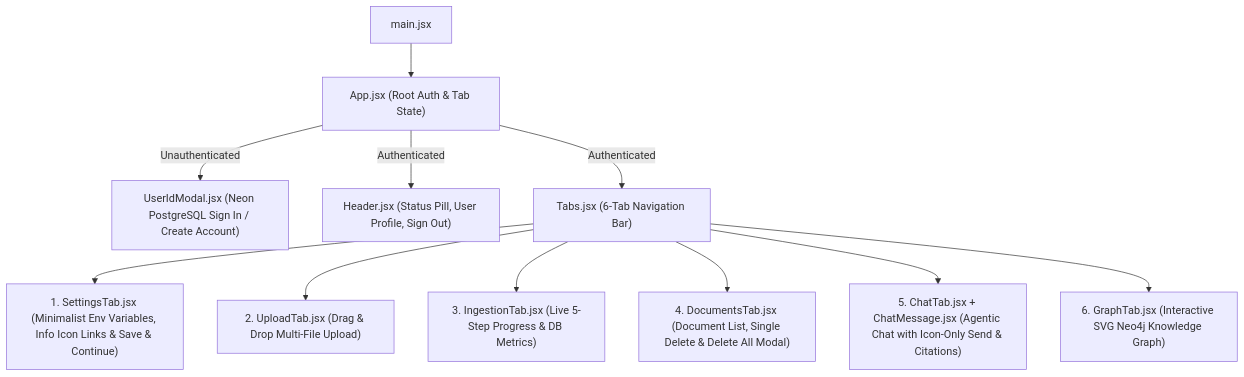
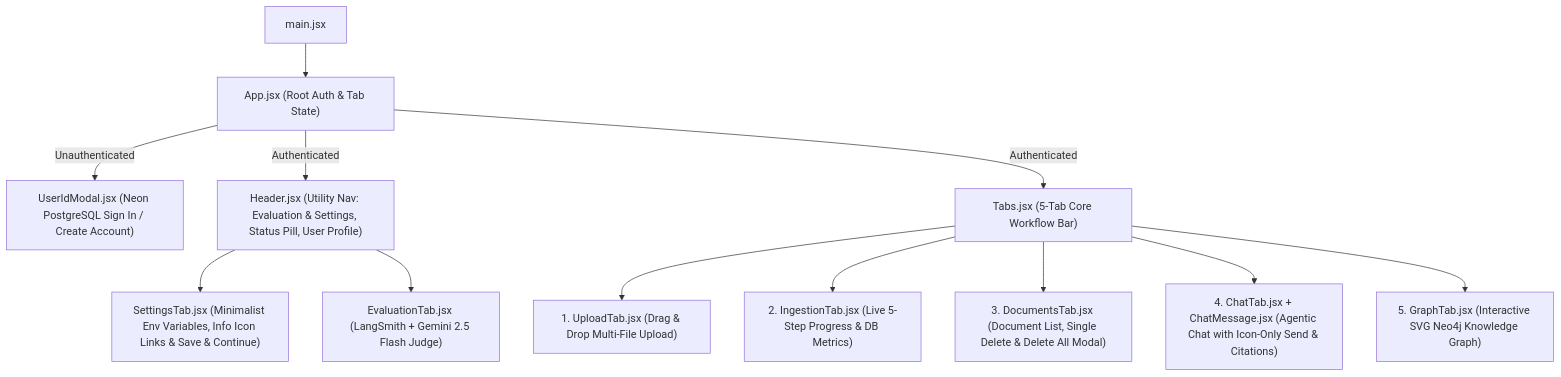
The diagram in docs/FRONTEND.md (Dronanaik/adk_rag), drawn with Mermaid before and after one commit. The commit also changed other lines of this file and 45 other files, not shown here.

Commit message:
feat: add LangSmith tracing, Gemini 2.5 Flash RAG evaluation, header nav separation, and v2.4.0 docs/demo

````diff
--- a/docs/FRONTEND.md
+++ b/docs/FRONTEND.md
@@ -9,13 +9,14 @@
 ```mermaid
 flowchart TD
     Main["main.jsx"] --> App["App.jsx (Root Auth & Tab State)"]
     App -->|Unauthenticated| AuthModal["UserIdModal.jsx (Neon PostgreSQL Sign In / Create Account)"]
-    App -->|Authenticated| Header["Header.jsx (Status Pill, User Profile, Sign Out)"]
-    App -->|Authenticated| Tabs["Tabs.jsx (6-Tab Navigation Bar)"]
-    Tabs --> T0["1. SettingsTab.jsx (Minimalist Env Variables, Info Icon Links & Save & Continue)"]
-    Tabs --> T1["2. UploadTab.jsx (Drag & Drop Multi-File Upload)"]
-    Tabs --> T2["3. IngestionTab.jsx (Live 5-Step Progress & DB Metrics)"]
-    Tabs --> T3["4. DocumentsTab.jsx (Document List, Single Delete & Delete All Modal)"]
-    Tabs --> T4["5. ChatTab.jsx + ChatMessage.jsx (Agentic Chat with Icon-Only Send & Citations)"]
-    Tabs --> T5["6. GraphTab.jsx (Interactive SVG Neo4j Knowledge Graph)"]
+    App -->|Authenticated| Header["Header.jsx (Utility Nav: Evaluation & Settings, Status Pill, User Profile)"]
+    App -->|Authenticated| Tabs["Tabs.jsx (5-Tab Core Workflow Bar)"]
+    Header --> T0["SettingsTab.jsx (Minimalist Env Variables, Info Icon Links & Save & Continue)"]
+    Header --> T6["EvaluationTab.jsx (LangSmith + Gemini 2.5 Flash Judge)"]
+    Tabs --> T1["1. UploadTab.jsx (Drag & Drop Multi-File Upload)"]
+    Tabs --> T2["2. IngestionTab.jsx (Live 5-Step Progress & DB Metrics)"]
+    Tabs --> T3["3. DocumentsTab.jsx (Document List, Single Delete & Delete All Modal)"]
+    Tabs --> T4["4. ChatTab.jsx + ChatMessage.jsx (Agentic Chat with Icon-Only Send & Citations)"]
+    Tabs --> T5["5. GraphTab.jsx (Interactive SVG Neo4j Knowledge Graph)"]
 ```
````
